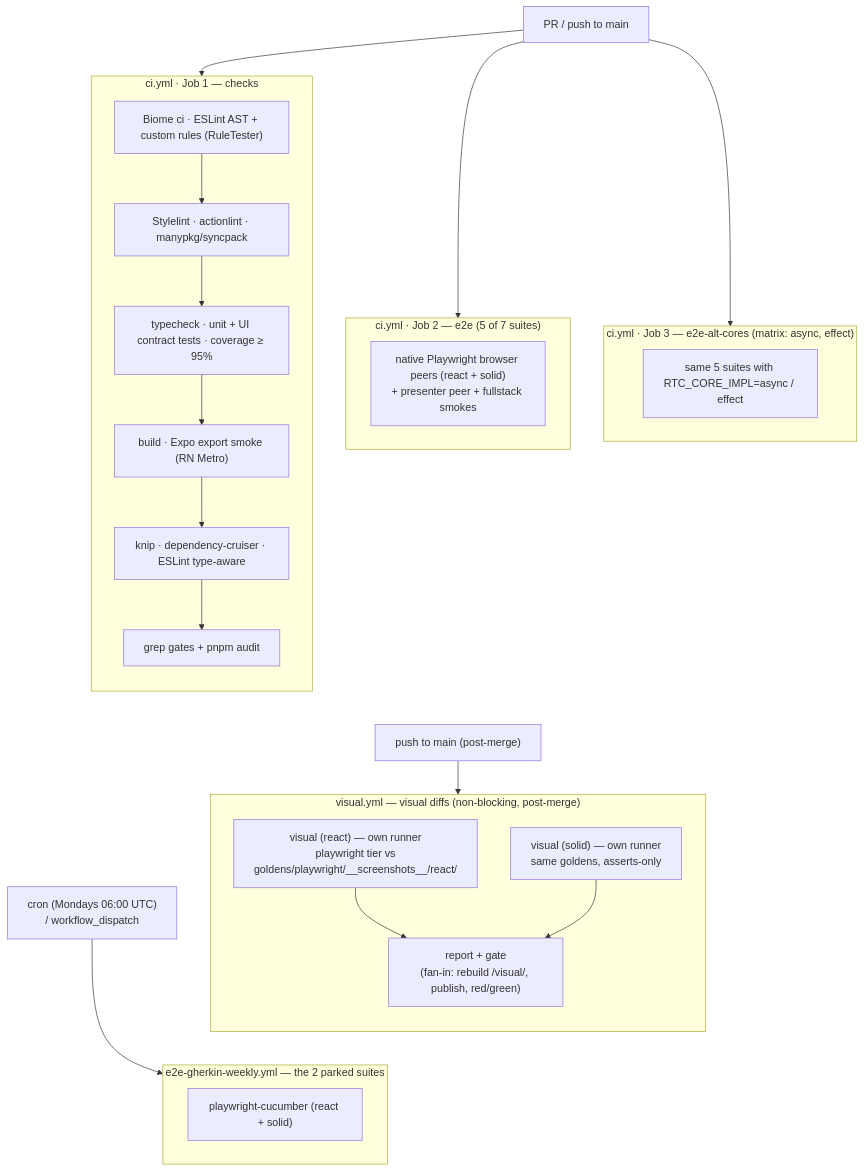
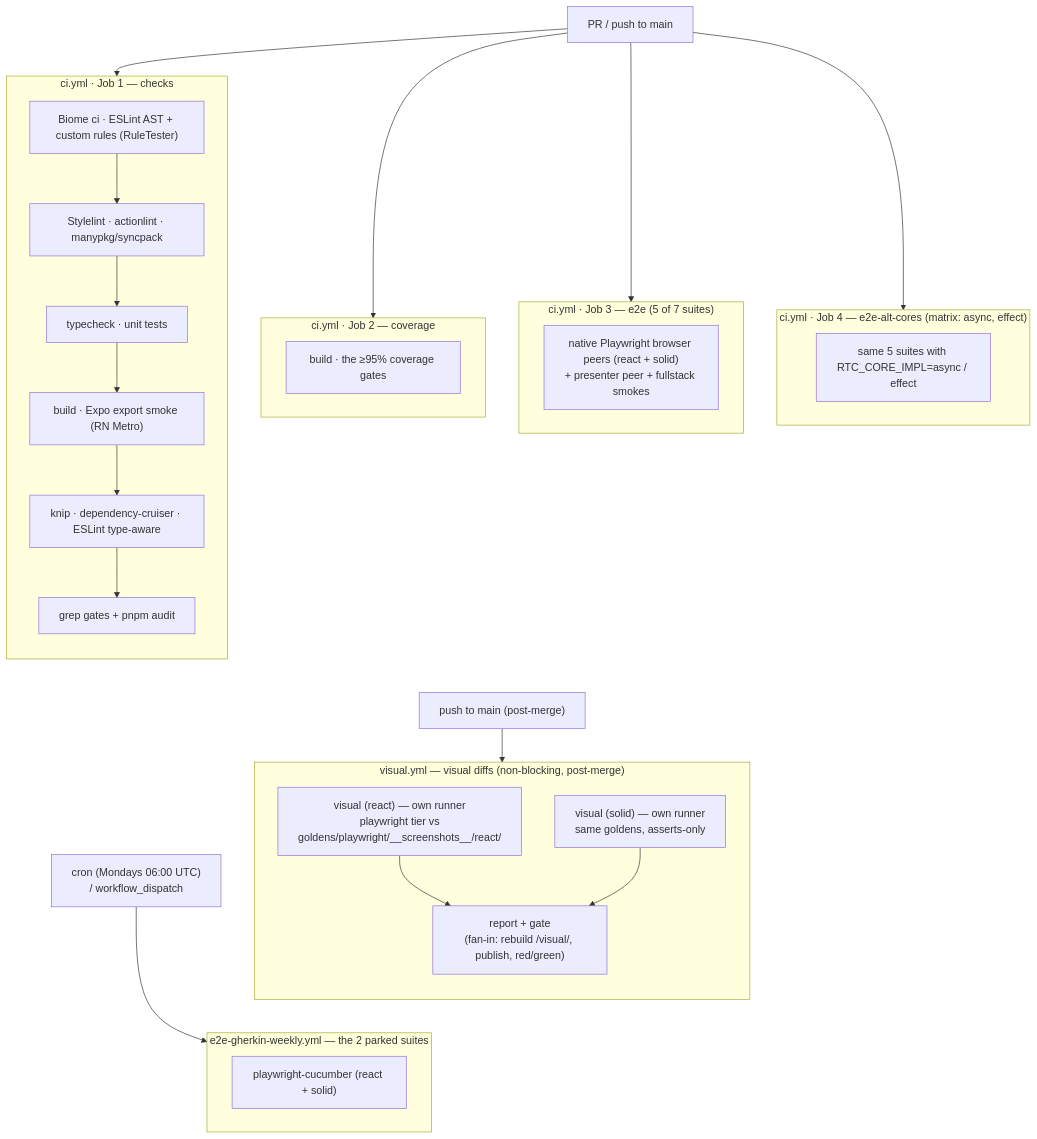
The diagram in docs/architecture/09-test-strategy.md (bettersoftware-io/ReactiveTraderCloudClone), drawn with Mermaid before and after one commit. The commit also changed other lines of this file, not shown here.

Commit message:
docs(test-strategy): the CI gauntlet is four parallel jobs
#1057 moved the >=95% coverage gates out of checks into their own
coverage job, now a required status check on main. Section 9.10 and
its diagram still described three jobs, with the coverage gates
inside checks.

Claude-Session: https://claude.ai/code/session_012VQnC5B44mxVVURMhdZb4w

````diff
--- a/docs/architecture/09-test-strategy.md
+++ b/docs/architecture/09-test-strategy.md
@@ -512,41 +518,46 @@
 ```mermaid
 flowchart TD
     trigger["PR / push to main"]
     trigger --> checks
+    trigger --> cov
     trigger --> e2e
     trigger --> alt
     subgraph checks["ci.yml · Job 1 — checks"]
         direction TB
         c1["Biome ci · ESLint AST + custom rules (RuleTester)"]
         c1 --> c3["Stylelint · actionlint · manypkg/syncpack"]
-        c3 --> c4["typecheck · unit + UI contract tests · coverage ≥ 95%"]
+        c3 --> c4["typecheck · unit tests"]
         c4 --> c6["build · Expo export smoke (RN Metro)"]
         c6 --> c7["knip · dependency-cruiser · ESLint type-aware"]
         c7 --> c8["grep gates + pnpm audit"]
     end
-    subgraph e2e["ci.yml · Job 2 — e2e (5 of 7 suites)"]
+    subgraph cov["ci.yml · Job 2 — coverage"]
+        k1["build · the ≥95% coverage gates"]
+    end
+    subgraph e2e["ci.yml · Job 3 — e2e (5 of 7 suites)"]
         e1["native Playwright browser peers (react + solid)<br/>+ presenter peer + fullstack smokes"]
     end
-    subgraph alt["ci.yml · Job 3 — e2e-alt-cores (matrix: async, effect)"]
+    subgraph alt["ci.yml · Job 4 — e2e-alt-cores (matrix: async, effect)"]
         a1["same 5 suites with RTC_CORE_IMPL=async / effect"]
     end
     checks ~~~ postmerge
+    cov ~~~ postmerge
     e2e ~~~ postmerge
     alt ~~~ postmerge
     postmerge["push to main (post-merge)"]
     postmerge --> visual
     subgraph visual["visual.yml — visual diffs (non-blocking, post-merge)"]
         direction TB
         v1a["visual (react) — own runner<br/>playwright tier vs<br/>goldens/playwright/__screenshots__/react/"]
         v1b["visual (solid) — own runner<br/>same goldens, asserts-only"]
         v2["report + gate<br/>(fan-in: rebuild /visual/, publish, red/green)"]
         v1a --> v2
         v1b --> v2
     end
     cron["cron (Mondays 06:00 UTC)<br/>/ workflow_dispatch"]
     cron --> weekly
     subgraph weekly["e2e-gherkin-weekly.yml — the 2 parked suites"]
         w1["playwright-cucumber (react + solid)"]
     end
     visual ~~~ weekly
 ```
````
